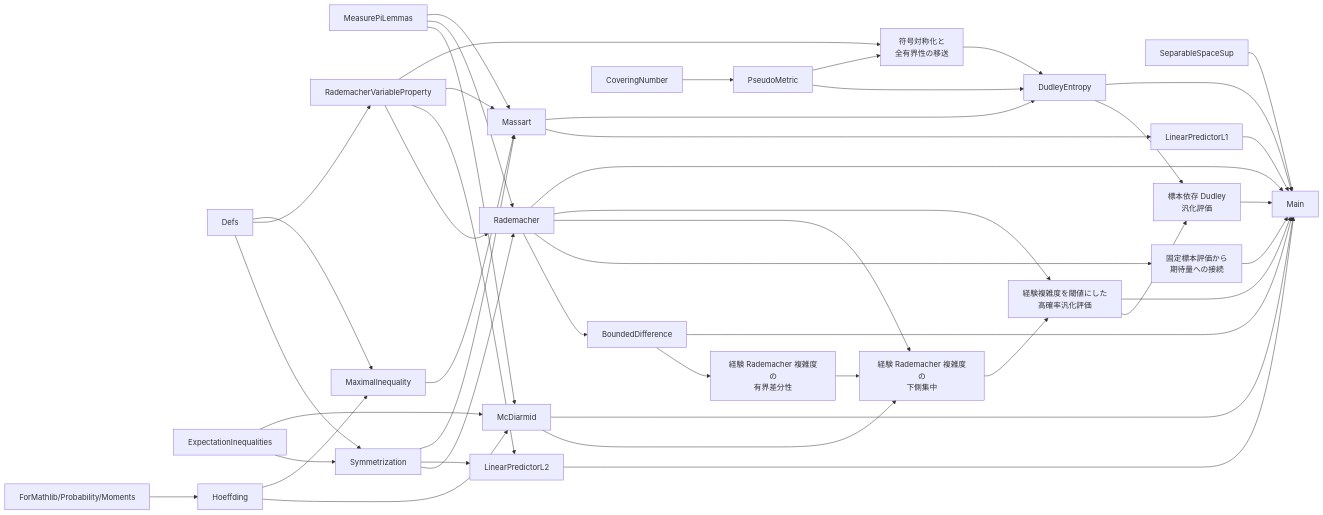
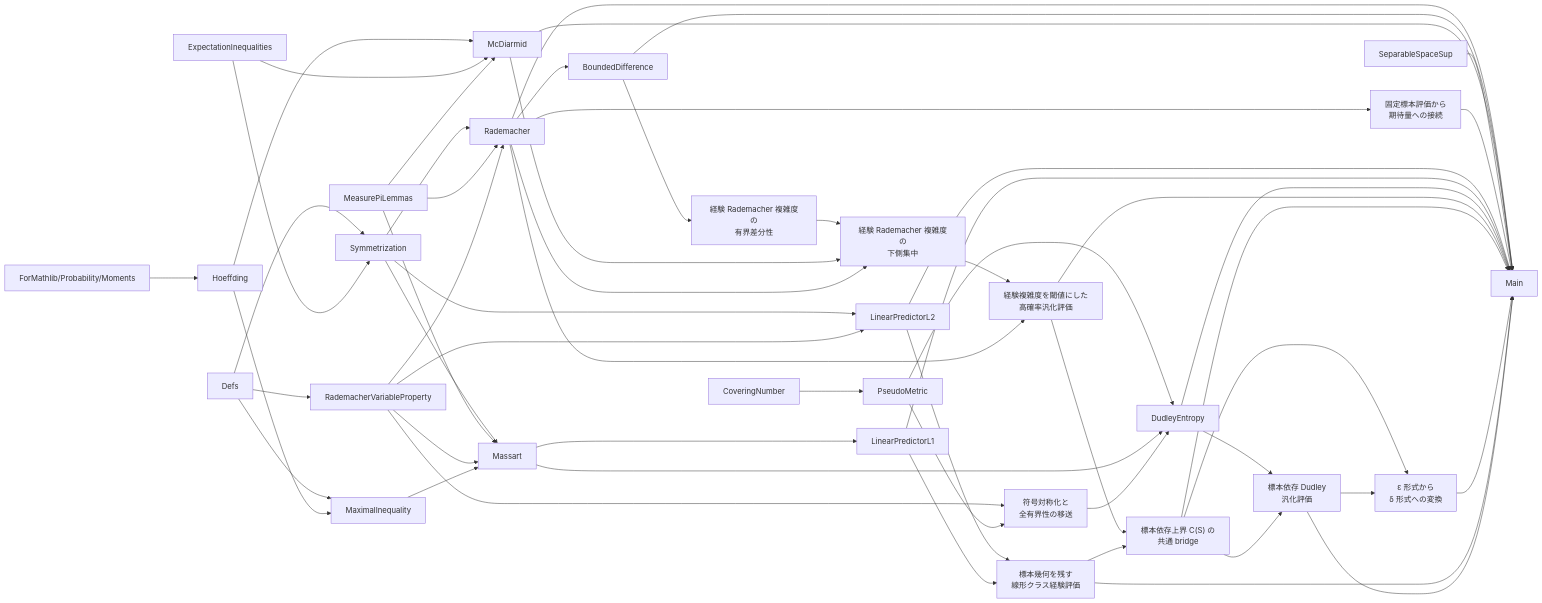
Before and after one commit to auto-res/lean-rademacher: the diagram in note/summary.md, drawn with Mermaid. The commit also changed other lines of this file and 5 other files, not shown here.

````diff
--- a/note/summary.md
+++ b/note/summary.md
@@ -49,6 +51,9 @@
     empiricalBD["経験 Rademacher 複雑度の<br/>有界差分性"]
     empiricalTail["経験 Rademacher 複雑度の<br/>下側集中"]
     dataTail["経験複雑度を閾値にした<br/>高確率汎化評価"]
+    sampleBridge["標本依存上界 C(S) の<br/>共通 bridge"]
+    confidence["ε 形式から<br/>δ 形式への変換"]
+    sampleLinear["標本幾何を残す<br/>線形クラス経験評価"]
     sampleDudley["標本依存 Dudley<br/>汎化評価"]
     main["Main"]
 
@@ -74,6 +79,8 @@
     rademacher --> empiricalTail
     empiricalTail --> dataTail
     rademacher --> dataTail
+    dataTail --> sampleBridge
+    sampleBridge --> confidence
 
     symm --> linearL2
     variableProp --> linearL2
@@ -82,6 +89,9 @@
     variableProp --> massart
     maximal --> massart
     massart --> linearL1
+    linearL2 --> sampleLinear
+    linearL1 --> sampleLinear
+    sampleLinear --> sampleBridge
 
     covering --> pseudo
     pseudo --> dudley
@@ -90,7 +100,8 @@
     pseudo --> signSymm
     signSymm --> dudley
     dudley --> sampleDudley
-    dataTail --> sampleDudley
+    sampleBridge --> sampleDudley
+    sampleDudley --> confidence
 
     rademacher --> main
     boundedDiff --> main
@@ -101,5 +112,8 @@
     linearL1 --> main
     dudley --> main
     dataTail --> main
+    sampleBridge --> main
+    confidence --> main
+    sampleLinear --> main
     sampleDudley --> main
 ```
````
